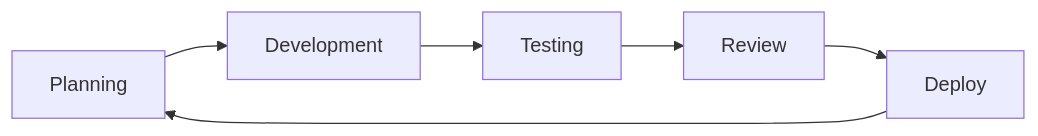
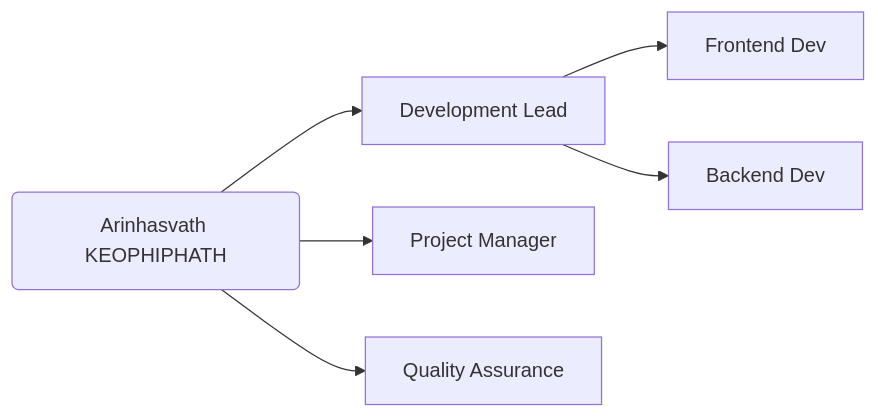
One commit to Arinhakeo/Portfolio-Project changed the first of 9 diagrams in presentation.md. Above: the diagram before and after it, drawn with Mermaid. The commit also changed other lines of this file and 65 other files, not shown here.

````diff
--- a/presentation.md
+++ b/presentation.md
@@ -35,8 +8,8 @@
 ```mermaid
 graph LR
-    A[Planning] --> B[Development]
-    B --> C[Testing]
-    C --> D[Review]
-    D --> E[Deploy]
-    E --> A
+    id1(Arinhasvath KEOPHIPHATH) --> DevLead[Development Lead]
+    id1 --> ProjMan[Project Manager]
+    id1 --> QA[Quality Assurance]
+    DevLead --> Front[Frontend Dev]
+    DevLead --> Back[Backend Dev]
 ```
````
